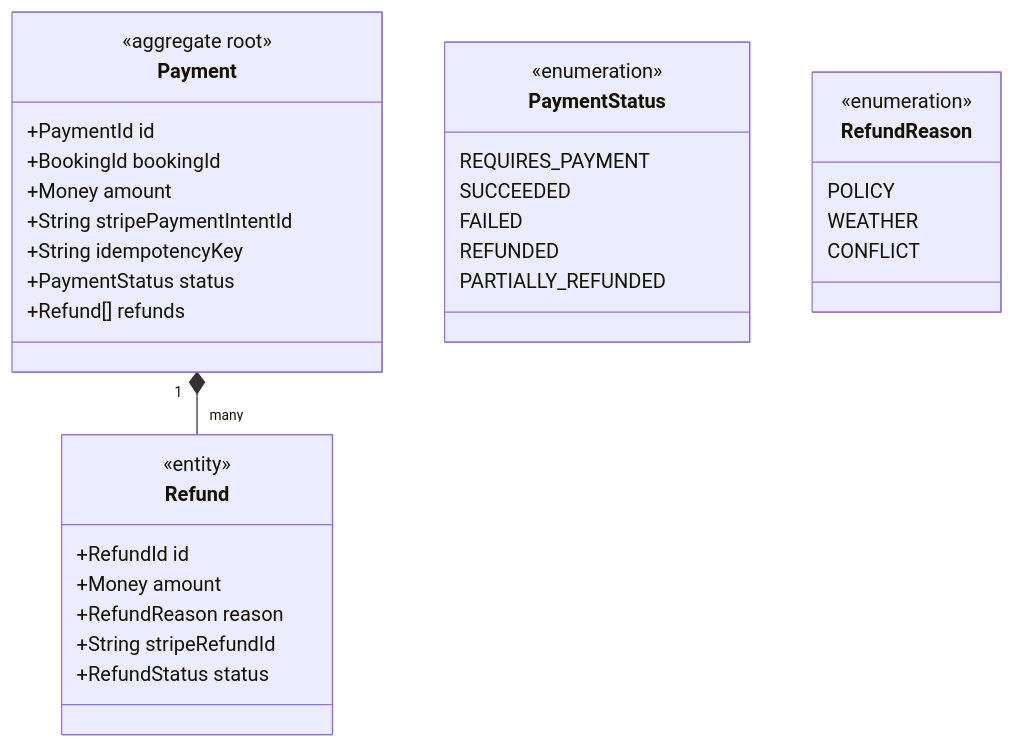
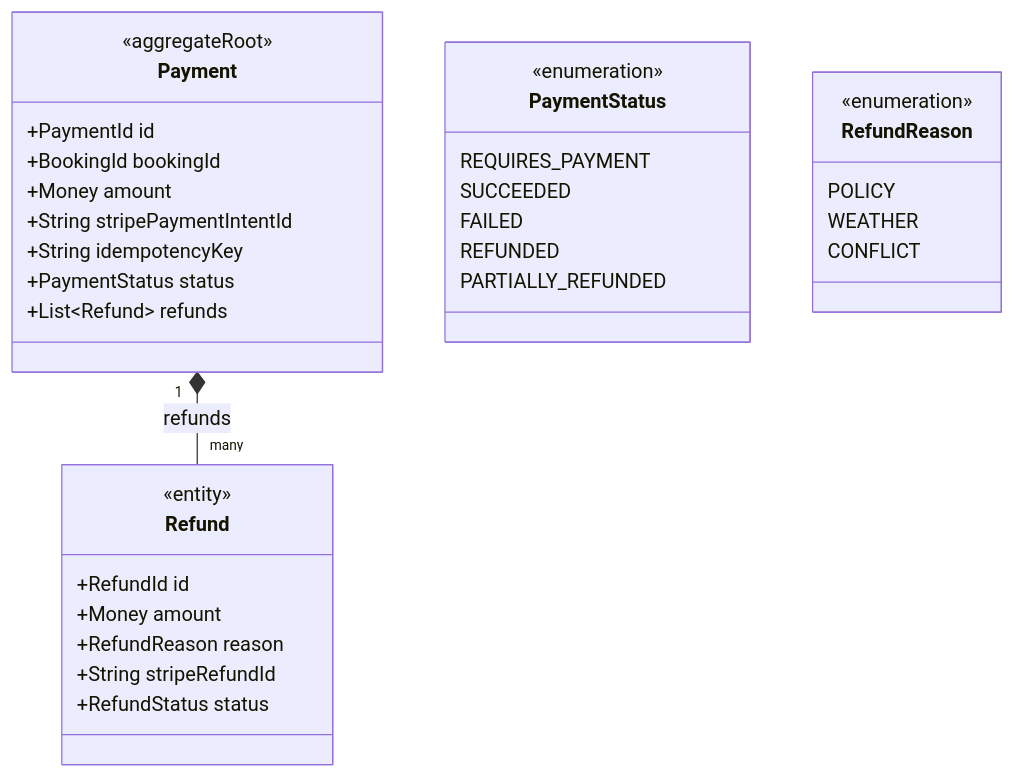
The sixth of 12 diagrams in docs/architecture/domain-model.md (ivopogace/riviera-sunbed-booking), drawn with Mermaid before and after one commit. The commit also changed other lines of this file, not shown here.

First line of the commit message:
Fix class-diagram Mermaid syntax so aggregates render

````diff
--- a/docs/architecture/domain-model.md
+++ b/docs/architecture/domain-model.md
@@ -249,36 +249,36 @@
 ```mermaid
 classDiagram
     class Payment {
-        <<aggregate root>>
+        <<aggregateRoot>>
         +PaymentId id
         +BookingId bookingId
         +Money amount
         +String stripePaymentIntentId
         +String idempotencyKey
         +PaymentStatus status
-        +Refund[] refunds
+        +List~Refund~ refunds
     }
     class Refund {
         <<entity>>
         +RefundId id
         +Money amount
         +RefundReason reason
         +String stripeRefundId
         +RefundStatus status
     }
     class PaymentStatus {
         <<enumeration>>
         REQUIRES_PAYMENT
         SUCCEEDED
         FAILED
         REFUNDED
         PARTIALLY_REFUNDED
     }
     class RefundReason {
         <<enumeration>>
         POLICY
         WEATHER
         CONFLICT
     }
-    Payment "1" *-- "many" Refund
+    Payment "1" *-- "many" Refund : refunds
 ```
````
